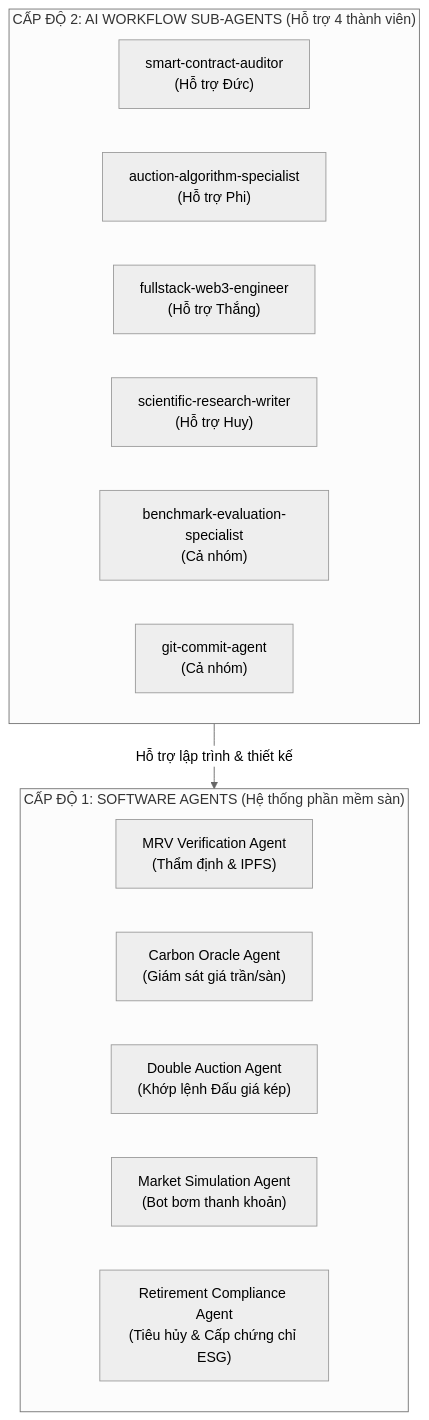
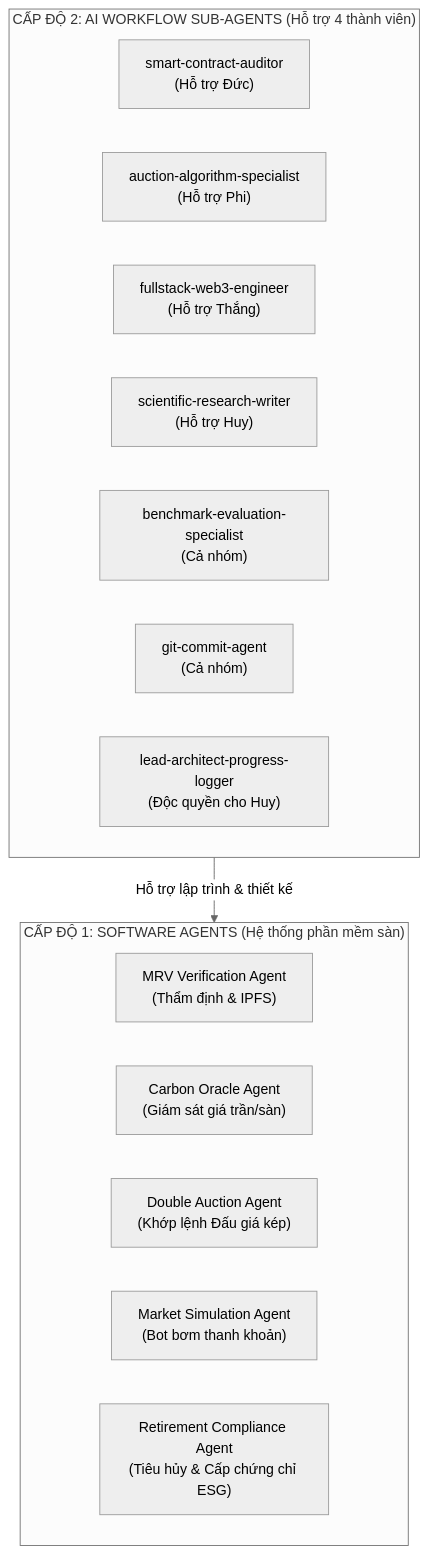
One commit to HuyDangXuan/decentralized-carbon-trading changed the diagram in docs/HUONG_DAN_SU_DUNG_SUB_AGENTS.md. Above: the diagram before and after it, drawn with Mermaid (neutral theme). The commit also changed other lines of this file and 3 other files, not shown here.

Commit message:
feat(agent): register lead-architect-progress-logger subagent and CLI tool

````diff
--- a/docs/HUONG_DAN_SU_DUNG_SUB_AGENTS.md
+++ b/docs/HUONG_DAN_SU_DUNG_SUB_AGENTS.md
@@ -21,21 +21,22 @@
 ```mermaid
 graph TD
     subgraph AI_Level ["CẤP ĐỘ 2: AI WORKFLOW SUB-AGENTS (Hỗ trợ 4 thành viên)"]
         AI1["smart-contract-auditor<br/>(Hỗ trợ Đức)"]
         AI2["auction-algorithm-specialist<br/>(Hỗ trợ Phi)"]
         AI3["fullstack-web3-engineer<br/>(Hỗ trợ Thắng)"]
         AI4["scientific-research-writer<br/>(Hỗ trợ Huy)"]
         AI5["benchmark-evaluation-specialist<br/>(Cả nhóm)"]
         AI6["git-commit-agent<br/>(Cả nhóm)"]
+        AI7["lead-architect-progress-logger<br/>(Độc quyền cho Huy)"]
     end
 
     subgraph System_Level ["CẤP ĐỘ 1: SOFTWARE AGENTS (Hệ thống phần mềm sàn)"]
         SA1["MRV Verification Agent<br/>(Thẩm định & IPFS)"]
         SA2["Carbon Oracle Agent<br/>(Giám sát giá trần/sàn)"]
         SA3["Double Auction Agent<br/>(Khớp lệnh Đấu giá kép)"]
         SA4["Market Simulation Agent<br/>(Bot bơm thanh khoản)"]
         SA5["Retirement Compliance Agent<br/>(Tiêu hủy & Cấp chứng chỉ ESG)"]
     end
 
     AI_Level -->|Hỗ trợ lập trình & thiết kế| System_Level
 ```
````
